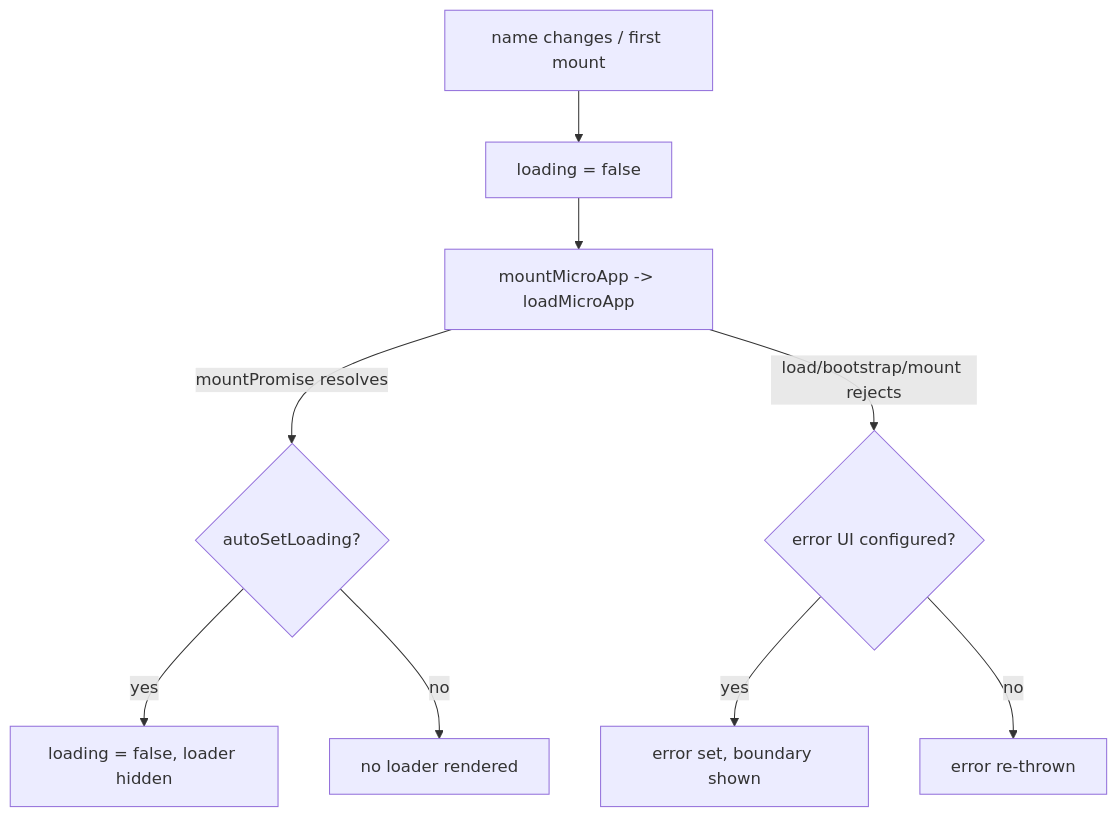
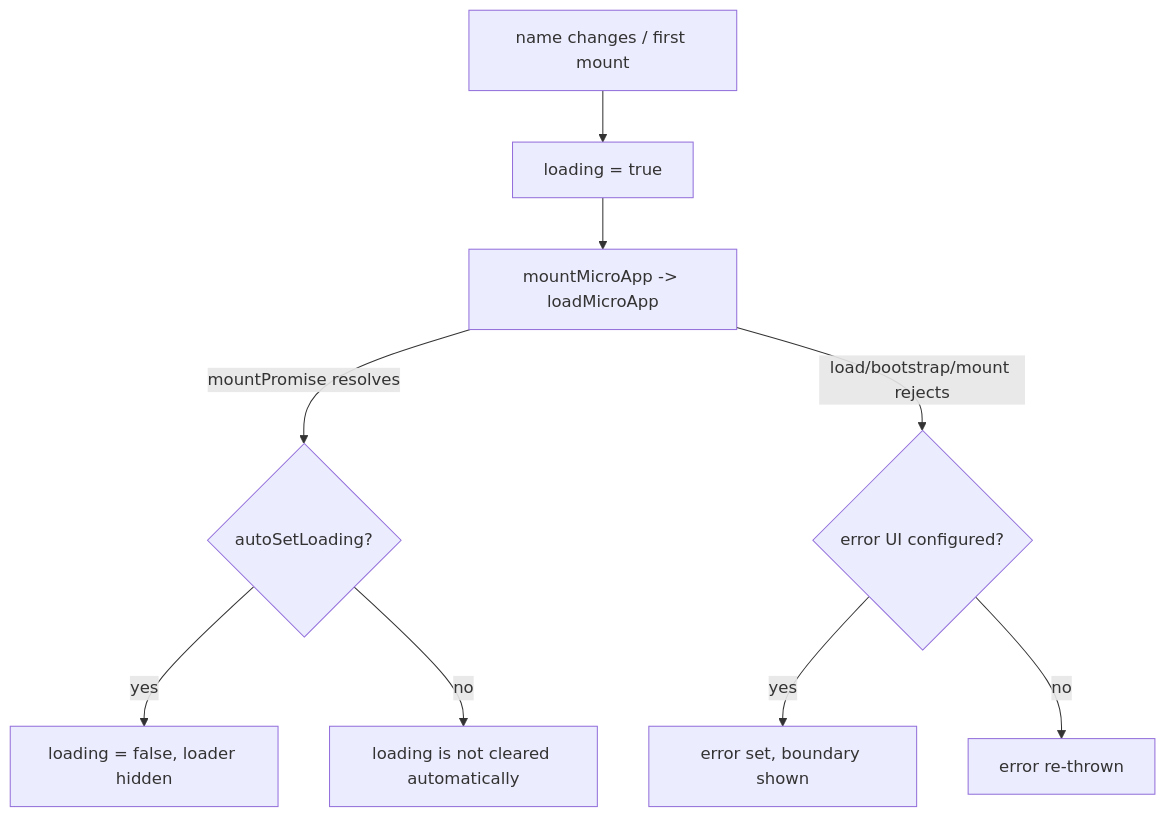
The diagram in docs/ecosystem/vue.md (umijs/qiankun), drawn with Mermaid before and after one commit. The commit also changed other lines of this file and 66 other files, not shown here.

````diff
--- a/docs/ecosystem/vue.md
+++ b/docs/ecosystem/vue.md
@@ -109,11 +109,11 @@
 ```mermaid
 flowchart TD
-  A[name changes / first mount] --> B[loading = false]
+  A[name changes / first mount] --> B[loading = true]
   B --> C[mountMicroApp -> loadMicroApp]
   C -->|mountPromise resolves| D{autoSetLoading?}
   D -->|yes| E[loading = false, loader hidden]
-  D -->|no| F[no loader rendered]
+  D -->|no| F[loading is not cleared automatically]
   C -->|load/bootstrap/mount rejects| G{error UI configured?}
   G -->|yes| H[error set, boundary shown]
   G -->|no| I[error re-thrown]
 ```
````
